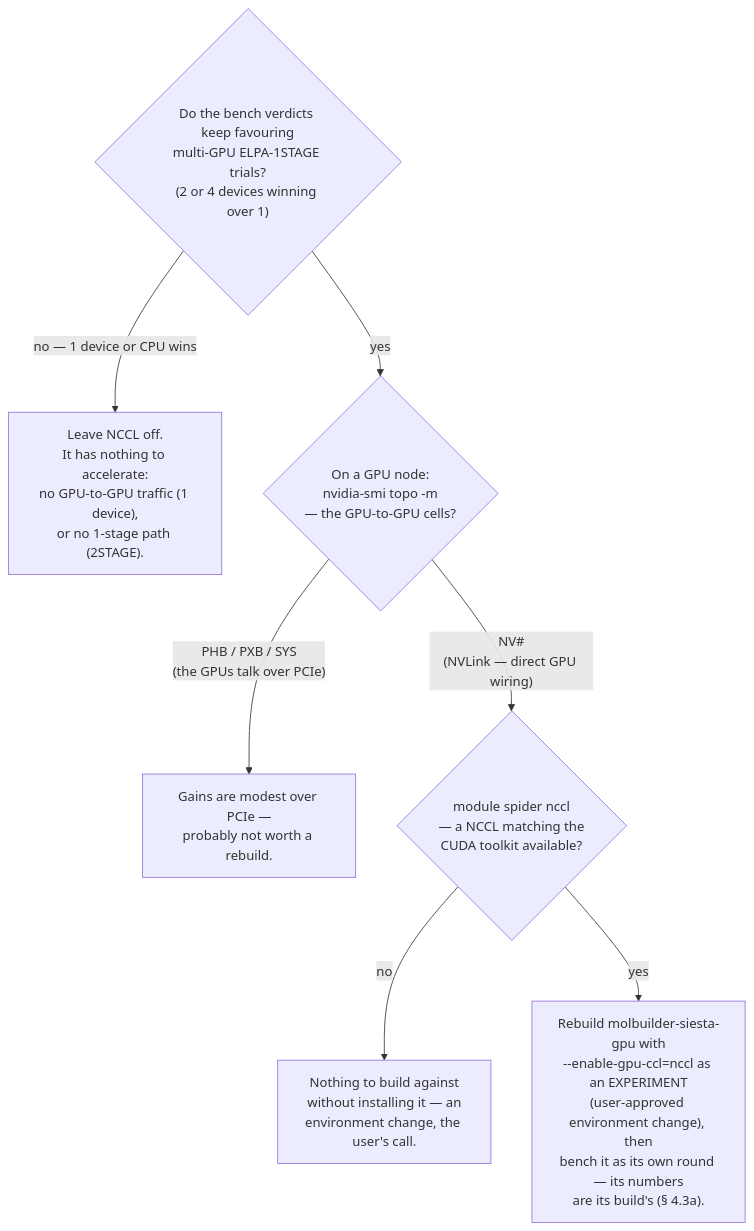
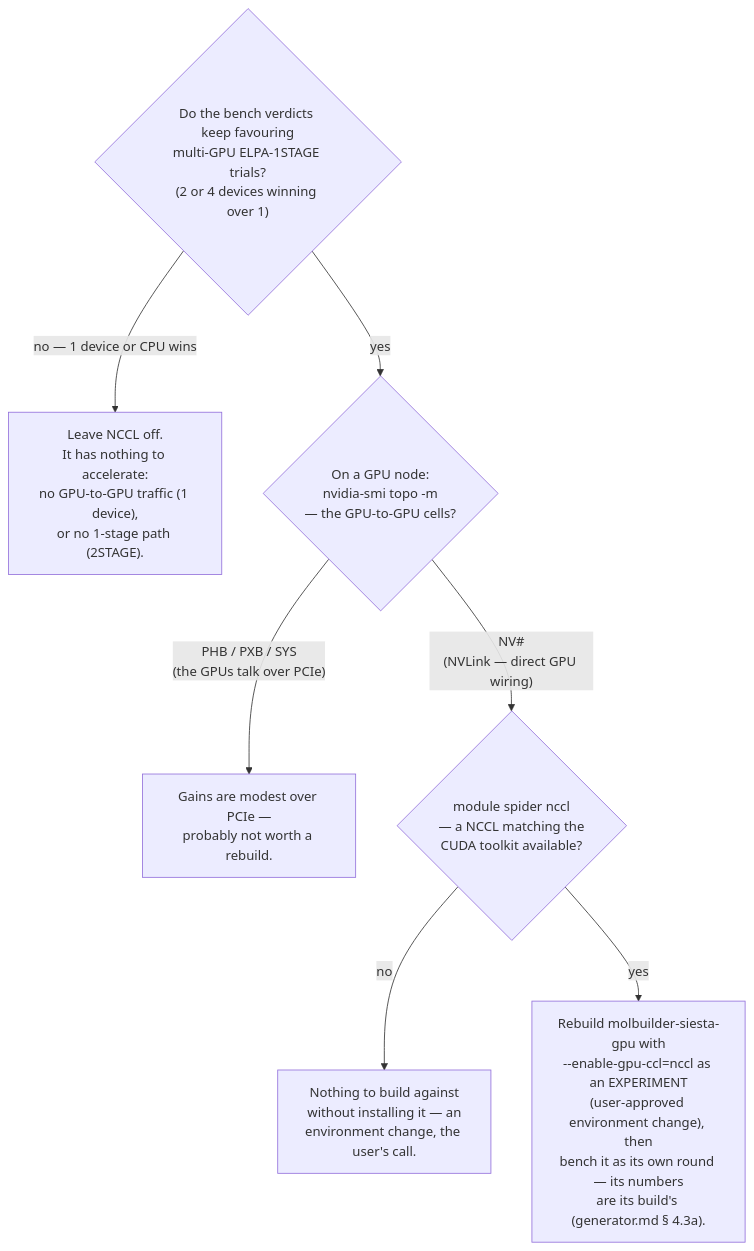
The third of 4 diagrams in docs/engines/tuning.md (Qing-LAB/molbuilder), drawn with Mermaid before and after one commit. The commit also changed other lines of this file and 71 other files, not shown here.

````diff
--- a/docs/engines/tuning.md
+++ b/docs/engines/tuning.md
@@ -777,10 +752,10 @@
 ```mermaid
 flowchart TD
     Q1{"Do the bench verdicts keep favouring<br/>multi-GPU ELPA-1STAGE trials?<br/>(2 or 4 devices winning over 1)"}
     Q1 -->|"no — 1 device or CPU wins"| STOP1["Leave NCCL off.<br/>It has nothing to accelerate:<br/>no GPU-to-GPU traffic (1 device),<br/>or no 1-stage path (2STAGE)."]
     Q1 -->|"yes"| Q2{"On a GPU node:<br/>nvidia-smi topo -m<br/>— the GPU-to-GPU cells?"}
     Q2 -->|"PHB / PXB / SYS<br/>(the GPUs talk over PCIe)"| STOP2["Gains are modest over PCIe —<br/>probably not worth a rebuild."]
     Q2 -->|"NV#<br/>(NVLink — direct GPU wiring)"| Q3{"module spider nccl<br/>— a NCCL matching the<br/>CUDA toolkit available?"}
     Q3 -->|"no"| STOP3["Nothing to build against<br/>without installing it — an<br/>environment change, the user's call."]
-    Q3 -->|"yes"| GO["Rebuild molbuilder-siesta-gpu with<br/>--enable-gpu-ccl=nccl as an EXPERIMENT<br/>(user-approved environment change), then<br/>bench it as its own round — its numbers<br/>are its build's (§ 4.3a)."]
+    Q3 -->|"yes"| GO["Rebuild molbuilder-siesta-gpu with<br/>--enable-gpu-ccl=nccl as an EXPERIMENT<br/>(user-approved environment change), then<br/>bench it as its own round — its numbers<br/>are its build's (generator.md § 4.3a)."]
 ```
````
